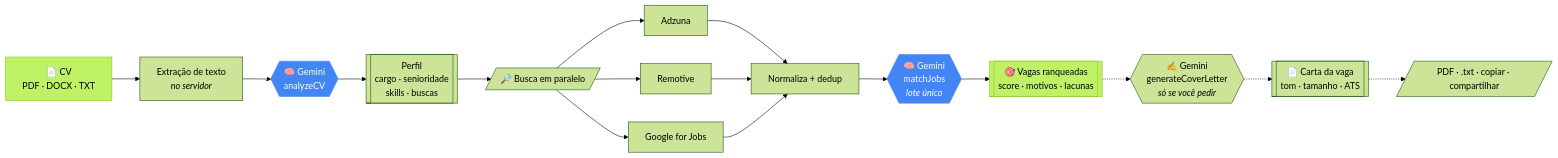
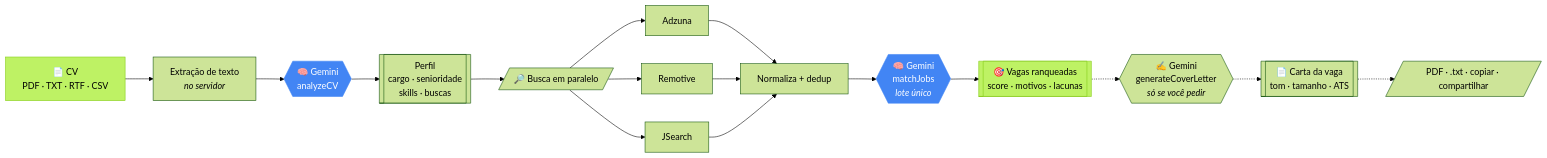
Before and after one commit to cielioqueiroz/buscador-de-cv: the diagram in README.md, drawn with Mermaid (forest theme). The commit also changed other lines of this file and 49 other files, not shown here.

First line of the commit message:
refactor(app): harden security and architecture

````diff
--- a/README.md
+++ b/README.md
@@ -52,21 +51,21 @@
 ```mermaid
 flowchart LR
-    A[📄 CV<br/>PDF · DOCX · TXT] --> B[Extração de texto<br/><i>no servidor</i>]
+    A[📄 CV<br/>PDF · TXT · RTF · CSV] --> B[Extração de texto<br/><i>no servidor</i>]
     B --> C{{"🧠 Gemini<br/>analyzeCV"}}
     C --> D[["Perfil<br/>cargo · senioridade<br/>skills · buscas"]]
     D --> E[/"🔎 Busca em paralelo"/]
     E --> F1[Adzuna]
     E --> F2[Remotive]
-    E --> F3[Google for Jobs]
+    E --> F3[JSearch]
     F1 & F2 & F3 --> G[Normaliza + dedup]
     G --> H{{"🧠 Gemini<br/>matchJobs<br/><i>lote único</i>"}}
     H --> I[["🎯 Vagas ranqueadas<br/>score · motivos · lacunas"]]
     I -.-> J{{"✍️ Gemini<br/>generateCoverLetter<br/><i>só se você pedir</i>"}}
     J -.-> K[["📄 Carta da vaga<br/>tom · tamanho · ATS"]]
     K -.-> L[/"PDF · .txt · copiar · compartilhar"/]
 
     style C fill:#4285F4,stroke:#4285F4,color:#fff
     style H fill:#4285F4,stroke:#4285F4,color:#fff
     style I fill:#bef264,stroke:#84cc16,color:#000
     style A fill:#bef264,stroke:#84cc16,color:#000
 ```
````
